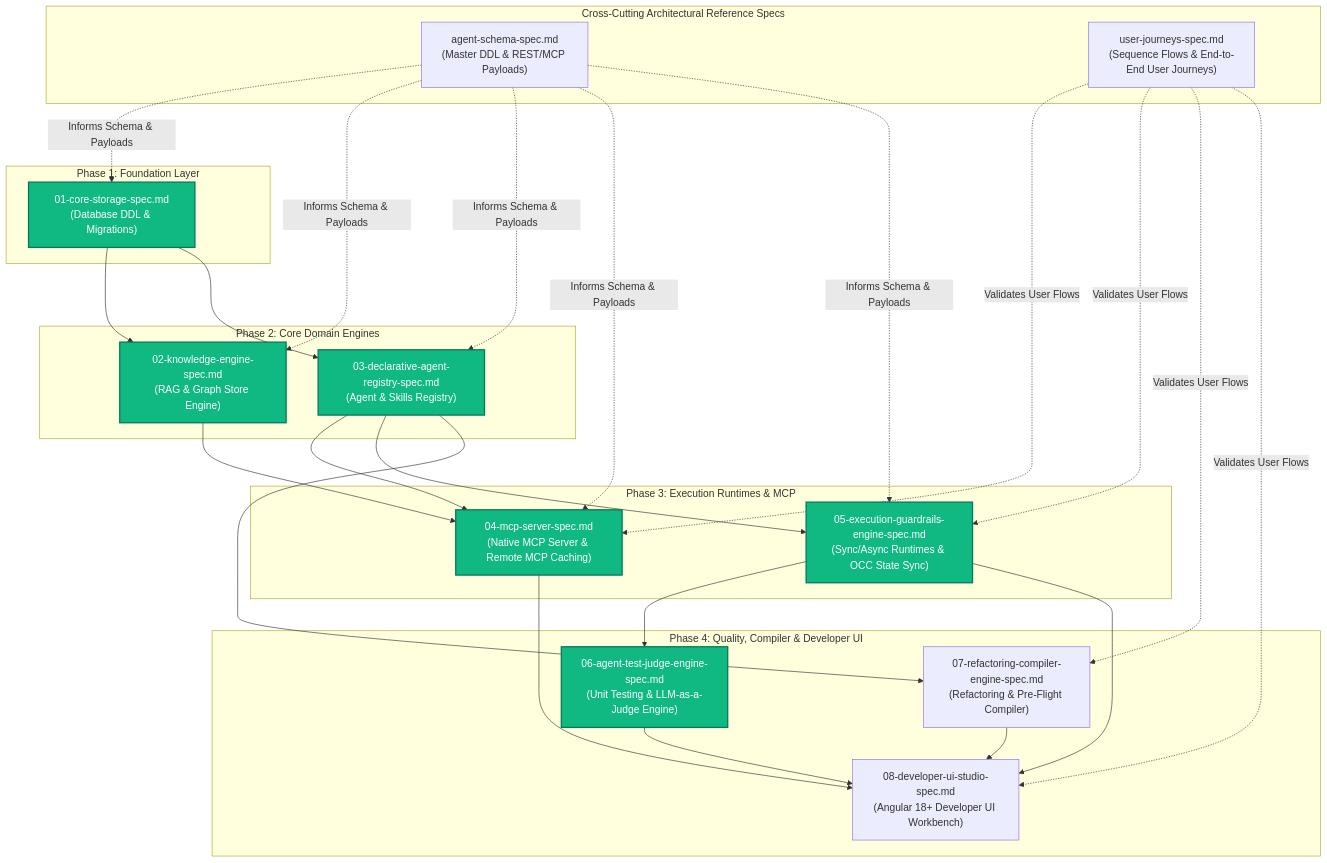
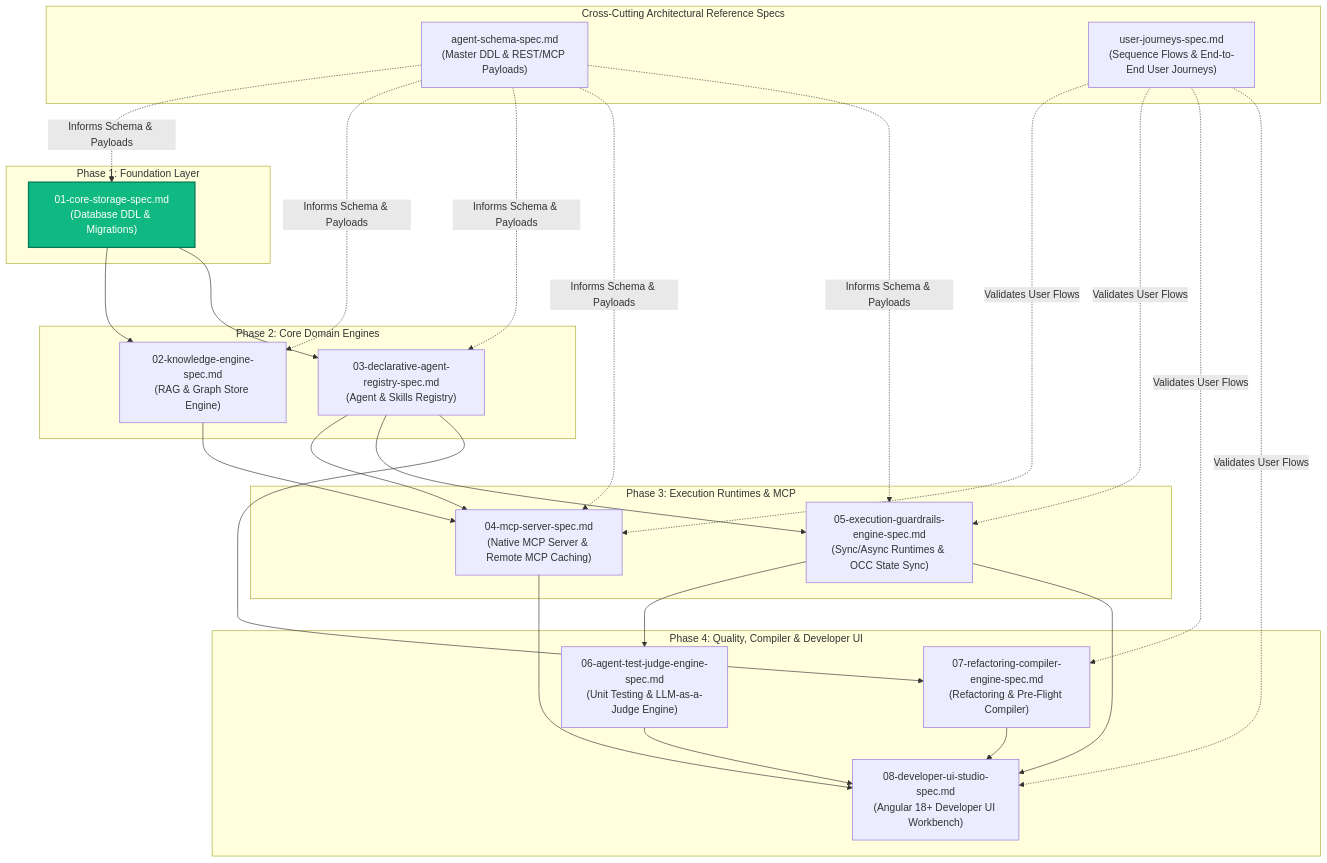
One commit to PolecatWorks/agent-as-data changed the diagram in spec/specs/README.md. Above: the diagram before and after it, drawn with Mermaid. The commit also changed other lines of this file and 8 other files, not shown here.

````diff
--- a/spec/specs/README.md
+++ b/spec/specs/README.md
@@ -17,55 +17,55 @@
 ```mermaid
 flowchart TD
     subgraph CrossCuttingSpecs ["Cross-Cutting Architectural Reference Specs"]
         SchemaSpec["agent-schema-spec.md<br/>(Master DDL & REST/MCP Payloads)"]
         JourneysSpec["user-journeys-spec.md<br/>(Sequence Flows & End-to-End User Journeys)"]
     end
 
     subgraph Phase1 ["Phase 1: Foundation Layer"]
         Spec01["01-core-storage-spec.md<br/>(Database DDL & Migrations)"]:::complete
     end
 
     subgraph Phase2 ["Phase 2: Core Domain Engines"]
-        Spec02["02-knowledge-engine-spec.md<br/>(RAG & Graph Store Engine)"]:::complete
-        Spec03["03-declarative-agent-registry-spec.md<br/>(Agent & Skills Registry)"]:::complete
+        Spec02["02-knowledge-engine-spec.md<br/>(RAG & Graph Store Engine)"]
+        Spec03["03-declarative-agent-registry-spec.md<br/>(Agent & Skills Registry)"]
     end
 
     subgraph Phase3 ["Phase 3: Execution Runtimes & MCP"]
-        Spec04["04-mcp-server-spec.md<br/>(Native MCP Server & Remote MCP Caching)"]:::complete
-        Spec05["05-execution-guardrails-engine-spec.md<br/>(Sync/Async Runtimes & OCC State Sync)"]:::complete
+        Spec04["04-mcp-server-spec.md<br/>(Native MCP Server & Remote MCP Caching)"]
+        Spec05["05-execution-guardrails-engine-spec.md<br/>(Sync/Async Runtimes & OCC State Sync)"]
     end
 
     subgraph Phase4 ["Phase 4: Quality, Compiler & Developer UI"]
-        Spec06["06-agent-test-judge-engine-spec.md<br/>(Unit Testing & LLM-as-a-Judge Engine)"]:::complete
+        Spec06["06-agent-test-judge-engine-spec.md<br/>(Unit Testing & LLM-as-a-Judge Engine)"]
         Spec07["07-refactoring-compiler-engine-spec.md<br/>(Refactoring & Pre-Flight Compiler)"]
         Spec08["08-developer-ui-studio-spec.md<br/>(Angular 18+ Developer UI Workbench)"]
     end
 
     classDef complete fill:#10B981,stroke:#047857,stroke-width:2px,color:#ffffff;
 
     SchemaSpec -.->|Informs Schema & Payloads| Spec01
     SchemaSpec -.->|Informs Schema & Payloads| Spec02
     SchemaSpec -.->|Informs Schema & Payloads| Spec03
     SchemaSpec -.->|Informs Schema & Payloads| Spec04
     SchemaSpec -.->|Informs Schema & Payloads| Spec05
 
     JourneysSpec -.->|Validates User Flows| Spec04
     JourneysSpec -.->|Validates User Flows| Spec05
     JourneysSpec -.->|Validates User Flows| Spec07
     JourneysSpec -.->|Validates User Flows| Spec08
 
     Spec01 --> Spec02
     Spec01 --> Spec03
 
     Spec02 --> Spec04
     Spec03 --> Spec04
     Spec03 --> Spec05
 
     Spec05 --> Spec06
     Spec03 --> Spec07
     
     Spec04 --> Spec08
     Spec05 --> Spec08
     Spec06 --> Spec08
     Spec07 --> Spec08
 ```
````
